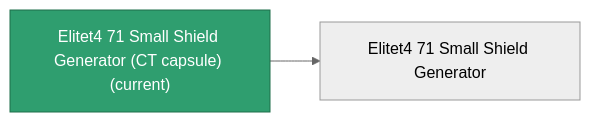
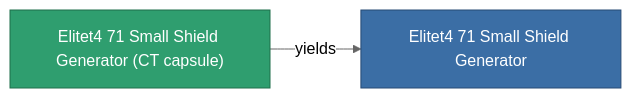
One commit to OpenPerpetuum/Wiki changed the diagram in content/content/items/elitet4_71_small_shield_generator_CT_capsule.md. Above: the diagram before and after it, drawn with Mermaid (neutral theme). The commit also changed other lines of this file and 2015 other files, not shown here.

````diff
--- a/content/content/items/elitet4_71_small_shield_generator_CT_capsule.md
+++ b/content/content/items/elitet4_71_small_shield_generator_CT_capsule.md
@@ -33,8 +33,9 @@
 ```mermaid
 graph LR
-    a["Elitet4 71 Small Shield Generator (CT capsule) (current)"]:::current
-    b["Elitet4 71 Small Shield Generator"]
-    a --> b
-    click b "/content/items/elitet4-71-small-shield-generator/" "Elitet4 71 Small Shield Generator"
+    a["Elitet4 71 Small Shield Generator (CT capsule)"]:::current
+    b["Elitet4 71 Small Shield Generator"]:::finished
+    a -->|yields| b
+                click b "/content/items/elitet4-71-small-shield-generator/" "Elitet4 71 Small Shield Generator"
     classDef current fill:#2f9e6f,stroke:#1f6f4a,color:#ffffff
+    classDef finished fill:#3b6ea5,stroke:#274a75,color:#ffffff
 ```
````
